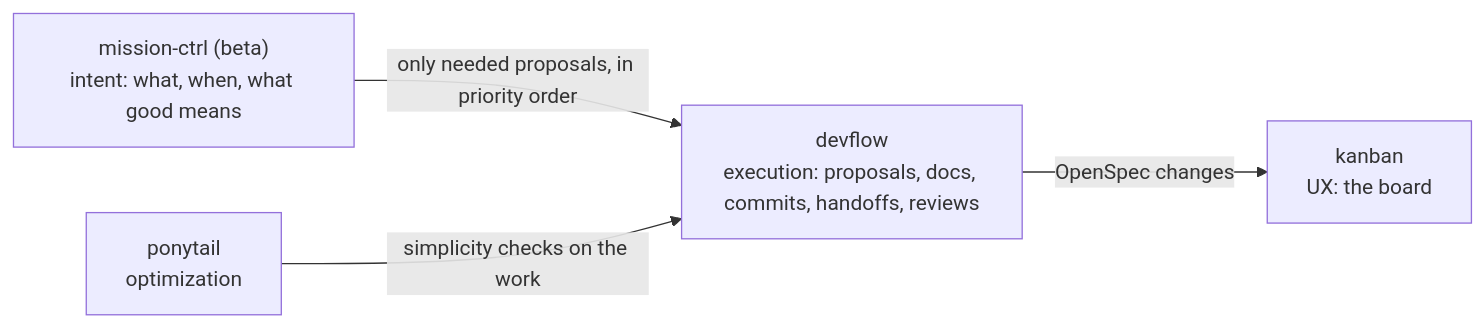
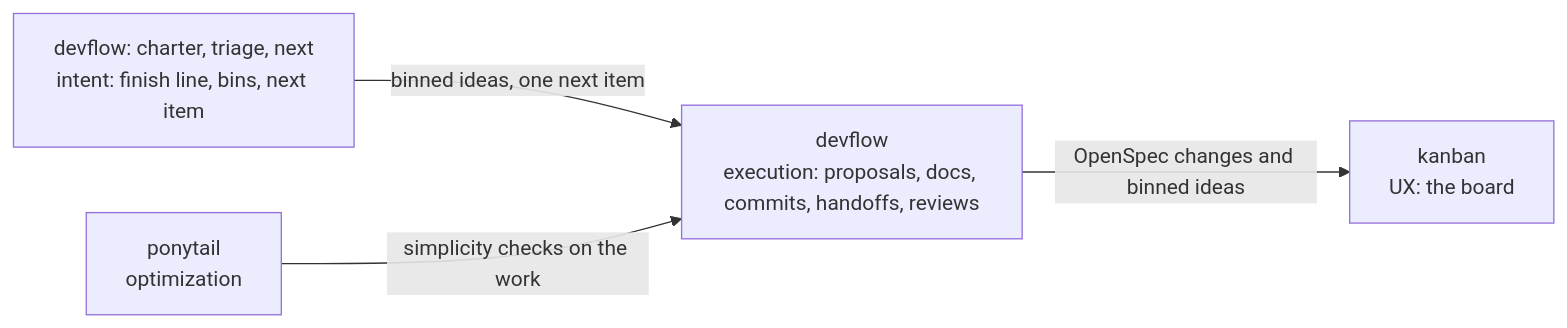
Before and after one commit to sdevikar/sdlc-tools: the diagram in README.md, drawn with Mermaid. The commit also changed other lines of this file and 212 other files, not shown here.

Commit message:
chore: retire the mission-ctrl plugin

````diff
--- a/README.md
+++ b/README.md
@@ -22,10 +21,10 @@
 ```mermaid
 flowchart LR
-    MC["mission-ctrl (beta)<br/>intent: what, when, what good means"]
+    IN["devflow: charter, triage, next<br/>intent: finish line, bins, next item"]
     DF["devflow<br/>execution: proposals, docs, commits, handoffs, reviews"]
     PT["ponytail<br/>optimization"]
     KB["kanban<br/>UX: the board"]
-    MC -- "only needed proposals, in priority order" --> DF
+    IN -- "binned ideas, one next item" --> DF
     PT -- "simplicity checks on the work" --> DF
-    DF -- "OpenSpec changes" --> KB
+    DF -- "OpenSpec changes and binned ideas" --> KB
 ```
````
